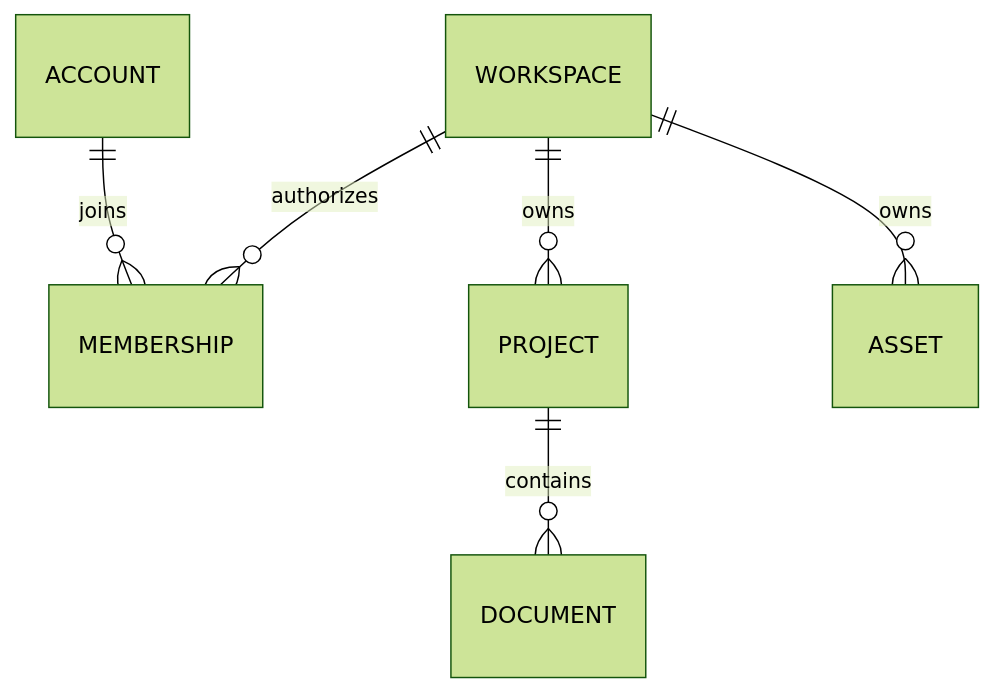
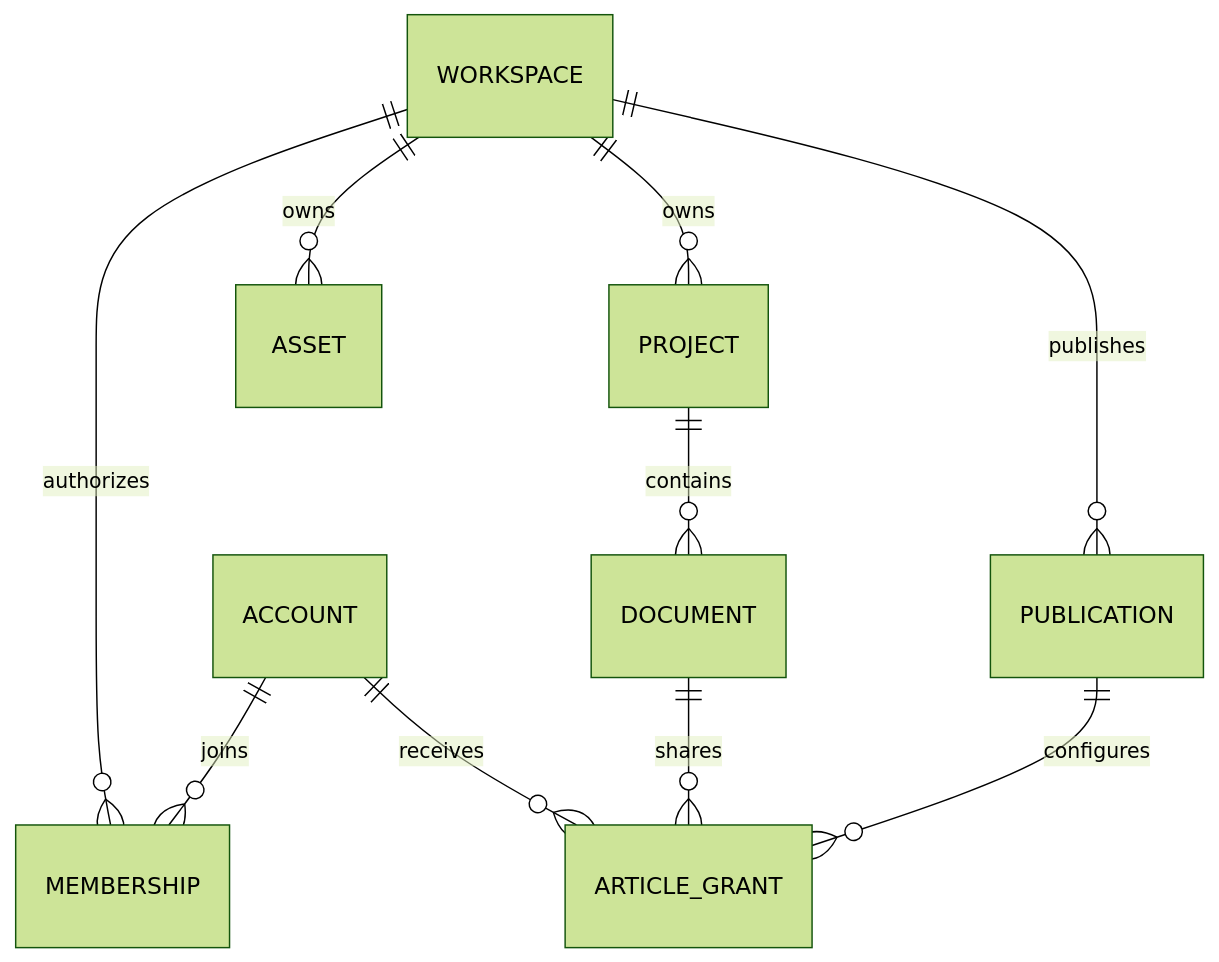
Before and after one commit to EmiyaredA/Future-Props-Lab: the diagram in web/src/features/thought-workshop/official/content/technical/identity.md, drawn with Mermaid (forest theme). The commit also changed other lines of this file and 381 other files, not shown here.

````diff
--- a/web/src/features/thought-workshop/official/content/technical/identity.md
+++ b/web/src/features/thought-workshop/official/content/technical/identity.md
@@ -23,8 +23,12 @@
 ```mermaid
 erDiagram
   ACCOUNT ||--o{ MEMBERSHIP : joins
   WORKSPACE ||--o{ MEMBERSHIP : authorizes
   WORKSPACE ||--o{ PROJECT : owns
   PROJECT ||--o{ DOCUMENT : contains
   WORKSPACE ||--o{ ASSET : owns
+  WORKSPACE ||--o{ PUBLICATION : publishes
+  PUBLICATION ||--o{ ARTICLE_GRANT : configures
+  DOCUMENT ||--o{ ARTICLE_GRANT : shares
+  ACCOUNT ||--o{ ARTICLE_GRANT : receives
 ```
````
